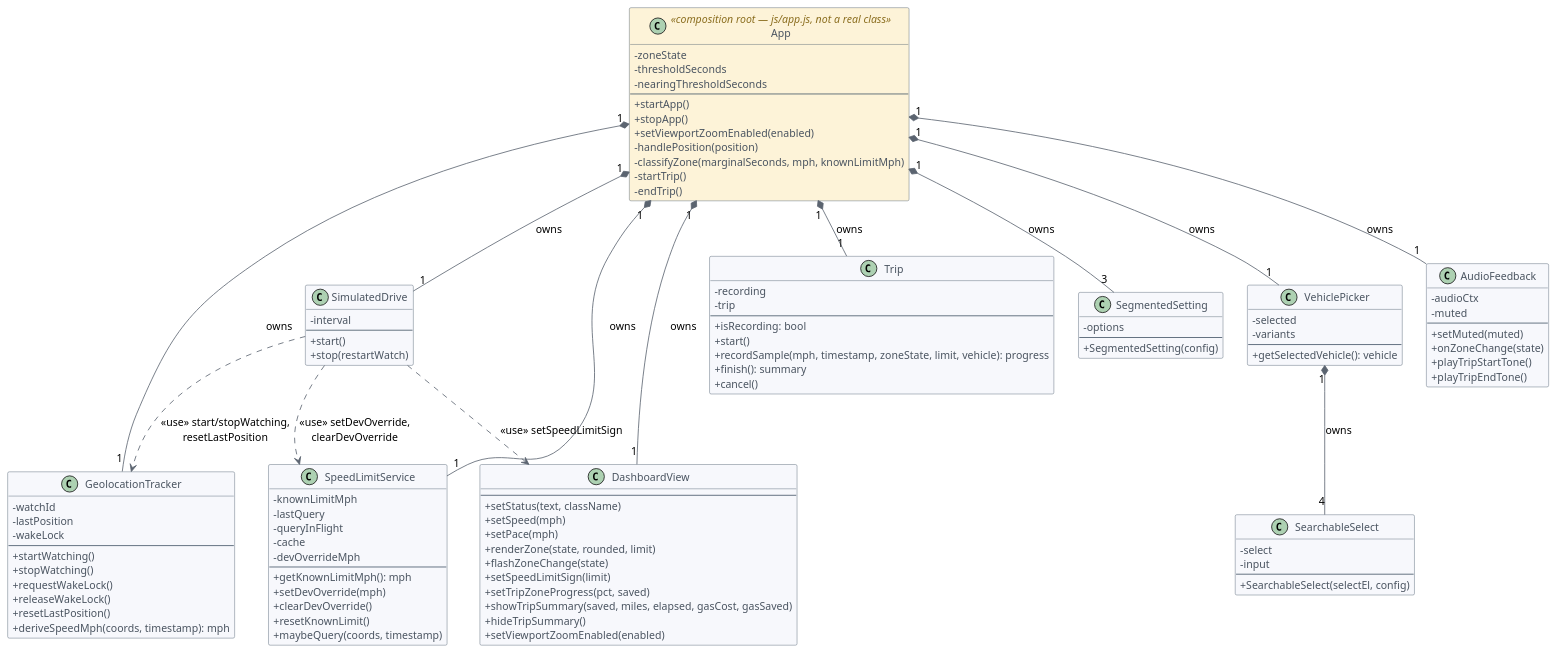
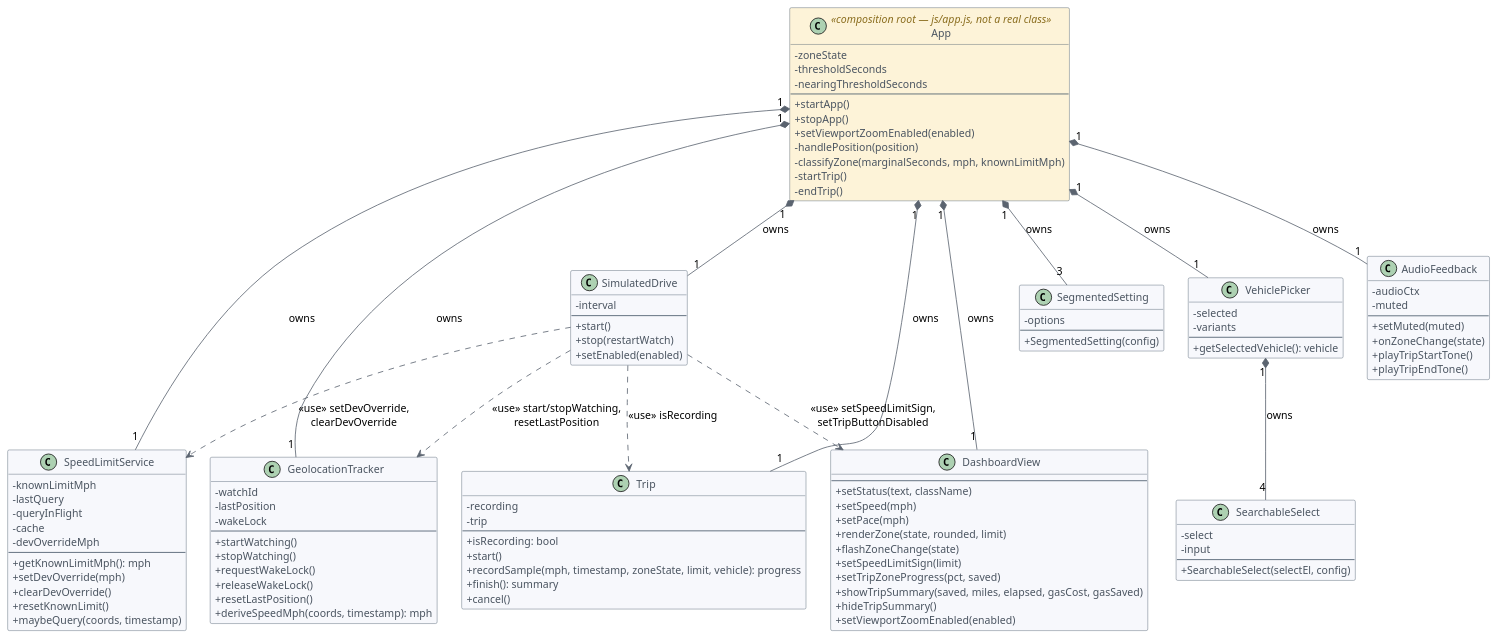
One commit to ysfrknzydn/paceometer-app changed the diagram in docs/diagrams/class-diagram.puml. Above: the diagram before and after it, drawn with PlantUML. The commit also changed 22 other files, not shown here.

```diff
--- a/docs/diagrams/class-diagram.puml
+++ b/docs/diagrams/class-diagram.puml
@@ -1,136 +1,138 @@
 @startuml
 skinparam shadowing false
 skinparam roundCorner 4
 skinparam defaultFontName Helvetica
 skinparam defaultFontSize 13
 skinparam classAttributeIconSize 0
 skinparam nodesep 30
 skinparam ranksep 50
 
 skinparam class {
   BorderColor #445566
   BackgroundColor #F7F8FC
   ArrowColor #5B6470
   FontColor #2A3540
   AttributeFontColor #4A5460
   StereotypeFontColor #8A6D1E
 }
 
 class App <<composition root — js/app.js, not a real class>> #FDF3D8 {
   - zoneState
   - thresholdSeconds
   - nearingThresholdSeconds
   --
   + startApp()
   + stopApp()
   + setViewportZoomEnabled(enabled)
   - handlePosition(position)
   - classifyZone(marginalSeconds, mph, knownLimitMph)
   - startTrip()
   - endTrip()
 }
 
 class GeolocationTracker {
   - watchId
   - lastPosition
   - wakeLock
   --
   + startWatching()
   + stopWatching()
   + requestWakeLock()
   + releaseWakeLock()
   + resetLastPosition()
   + deriveSpeedMph(coords, timestamp): mph
 }
 
 class SpeedLimitService {
   - knownLimitMph
   - lastQuery
   - queryInFlight
   - cache
   - devOverrideMph
   --
   + getKnownLimitMph(): mph
   + setDevOverride(mph)
   + clearDevOverride()
   + resetKnownLimit()
   + maybeQuery(coords, timestamp)
 }
 
 class Trip {
   - recording
   - trip
   --
   + isRecording: bool
   + start()
   + recordSample(mph, timestamp, zoneState, limit, vehicle): progress
   + finish(): summary
   + cancel()
 }
 
 class DashboardView {
   --
   + setStatus(text, className)
   + setSpeed(mph)
   + setPace(mph)
   + renderZone(state, rounded, limit)
   + flashZoneChange(state)
   + setSpeedLimitSign(limit)
   + setTripZoneProgress(pct, saved)
   + showTripSummary(saved, miles, elapsed, gasCost, gasSaved)
   + hideTripSummary()
   + setViewportZoomEnabled(enabled)
 }
 
 class SegmentedSetting {
   - options
   --
   + SegmentedSetting(config)
 }
 
 class VehiclePicker {
   - selected
   - variants
   --
   + getSelectedVehicle(): vehicle
 }
 
 class SearchableSelect {
   - select
   - input
   --
   + SearchableSelect(selectEl, config)
 }
 
 class AudioFeedback {
   - audioCtx
   - muted
   --
   + setMuted(muted)
   + onZoneChange(state)
   + playTripStartTone()
   + playTripEndTone()
 }
 
 class SimulatedDrive {
   - interval
   --
   + start()
   + stop(restartWatch)
+  + setEnabled(enabled)
 }
 
 App "1" *-down- "1" GeolocationTracker : owns
 App "1" *-down- "1" SpeedLimitService : owns
 App "1" *-down- "1" Trip : owns
 App "1" *-down- "1" DashboardView : owns
 App "1" *-down- "3" SegmentedSetting : owns
 App "1" *-down- "1" VehiclePicker : owns
 VehiclePicker "1" *-down- "4" SearchableSelect : owns
 App "1" *-down- "1" AudioFeedback : owns
 App "1" *-down- "1" SimulatedDrive : owns
 
 SimulatedDrive ..> GeolocationTracker : «use» start/stopWatching,\nresetLastPosition
 SimulatedDrive ..> SpeedLimitService : «use» setDevOverride,\nclearDevOverride
-SimulatedDrive ..> DashboardView : «use» setSpeedLimitSign
+SimulatedDrive ..> DashboardView : «use» setSpeedLimitSign,\nsetTripButtonDisabled
+SimulatedDrive ..> Trip : «use» isRecording
 
 @enduml
```
